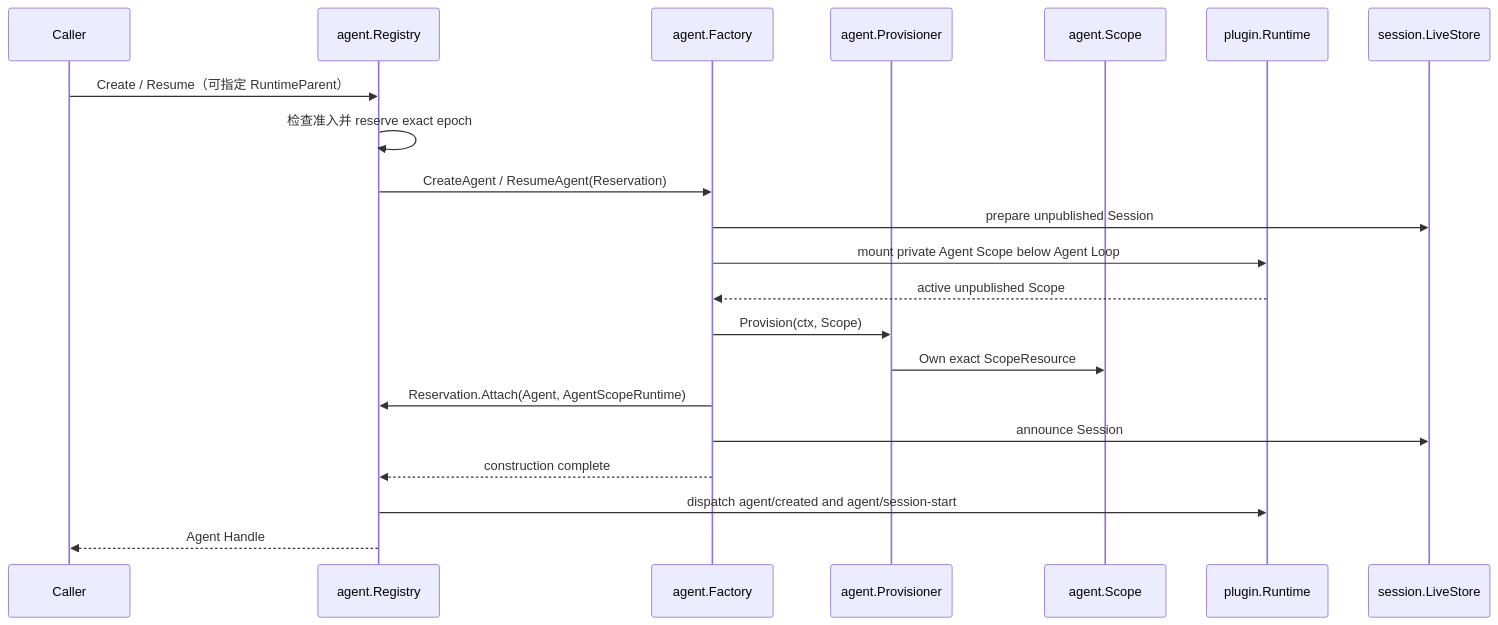
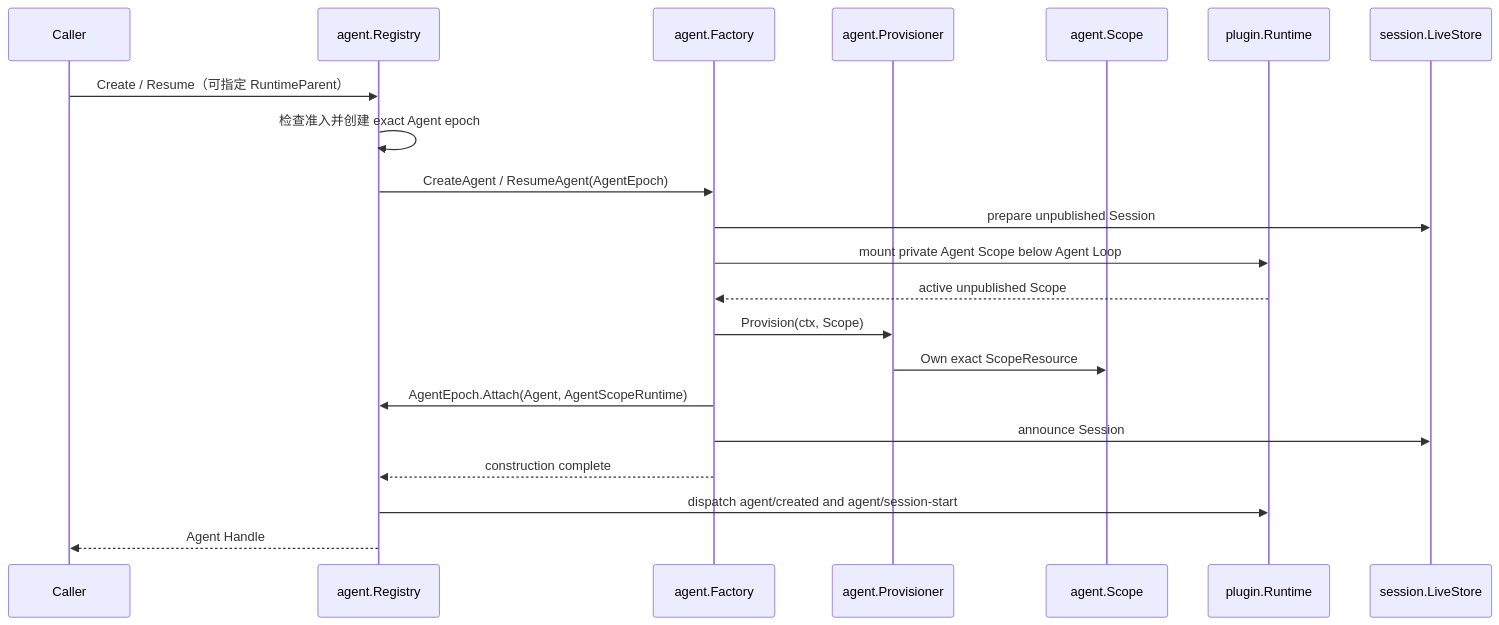
One commit to gorenx/goren changed the diagram in agent/README.zh-CN.md. Above: the diagram before and after it, drawn with Mermaid. The commit also changed other lines of this file and 14 other files, not shown here.

````diff
--- a/agent/README.zh-CN.md
+++ b/agent/README.zh-CN.md
@@ -28,24 +28,24 @@
 ```mermaid
 sequenceDiagram
     participant Caller as Caller
     participant Registry as agent.Registry
     participant Factory as agent.Factory
     participant Provisioner as agent.Provisioner
     participant Scope as agent.Scope
     participant Runtime as plugin.Runtime
     participant Session as session.LiveStore
 
     Caller->>Registry: Create / Resume（可指定 RuntimeParent）
-    Registry->>Registry: 检查准入并 reserve exact epoch
-    Registry->>Factory: CreateAgent / ResumeAgent(Reservation)
+    Registry->>Registry: 检查准入并创建 exact Agent epoch
+    Registry->>Factory: CreateAgent / ResumeAgent(AgentEpoch)
     Factory->>Session: prepare unpublished Session
     Factory->>Runtime: mount private Agent Scope below Agent Loop
     Runtime-->>Factory: active unpublished Scope
     Factory->>Provisioner: Provision(ctx, Scope)
     Provisioner->>Scope: Own exact ScopeResource
-    Factory->>Registry: Reservation.Attach(Agent, AgentScopeRuntime)
+    Factory->>Registry: AgentEpoch.Attach(Agent, AgentScopeRuntime)
     Factory->>Session: announce Session
     Factory-->>Registry: construction complete
     Registry->>Runtime: dispatch agent/created and agent/session-start
     Registry-->>Caller: Agent Handle
 ```
````
